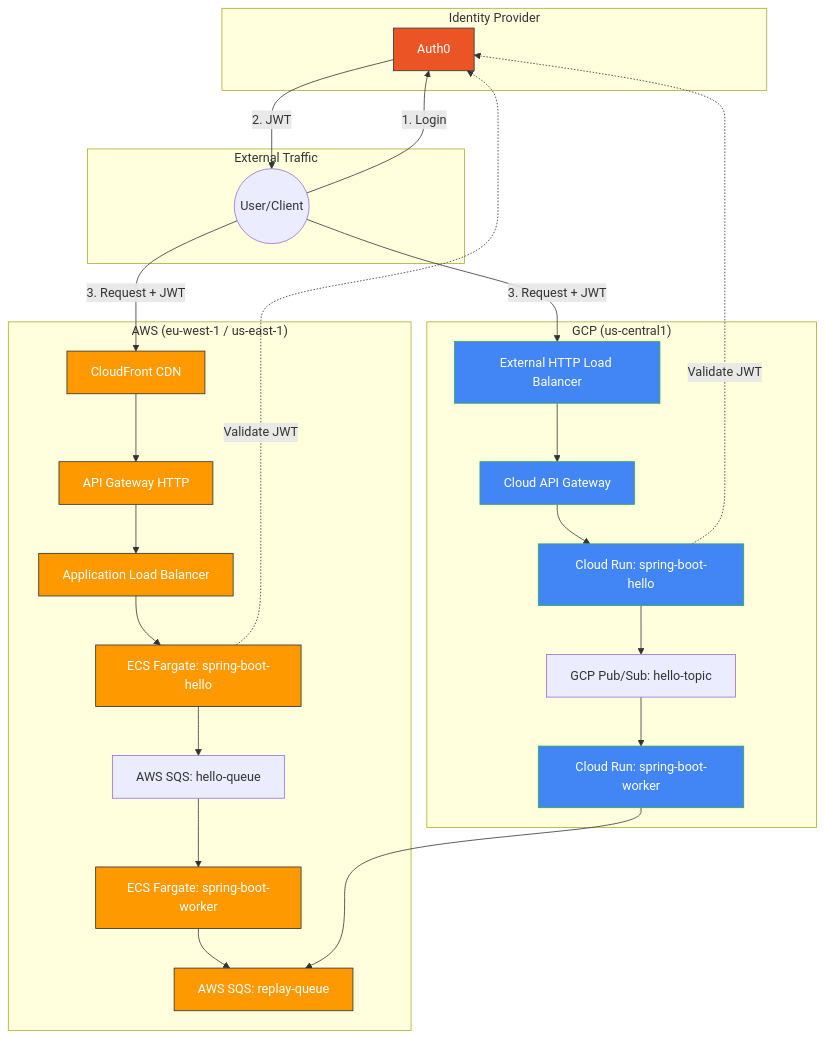
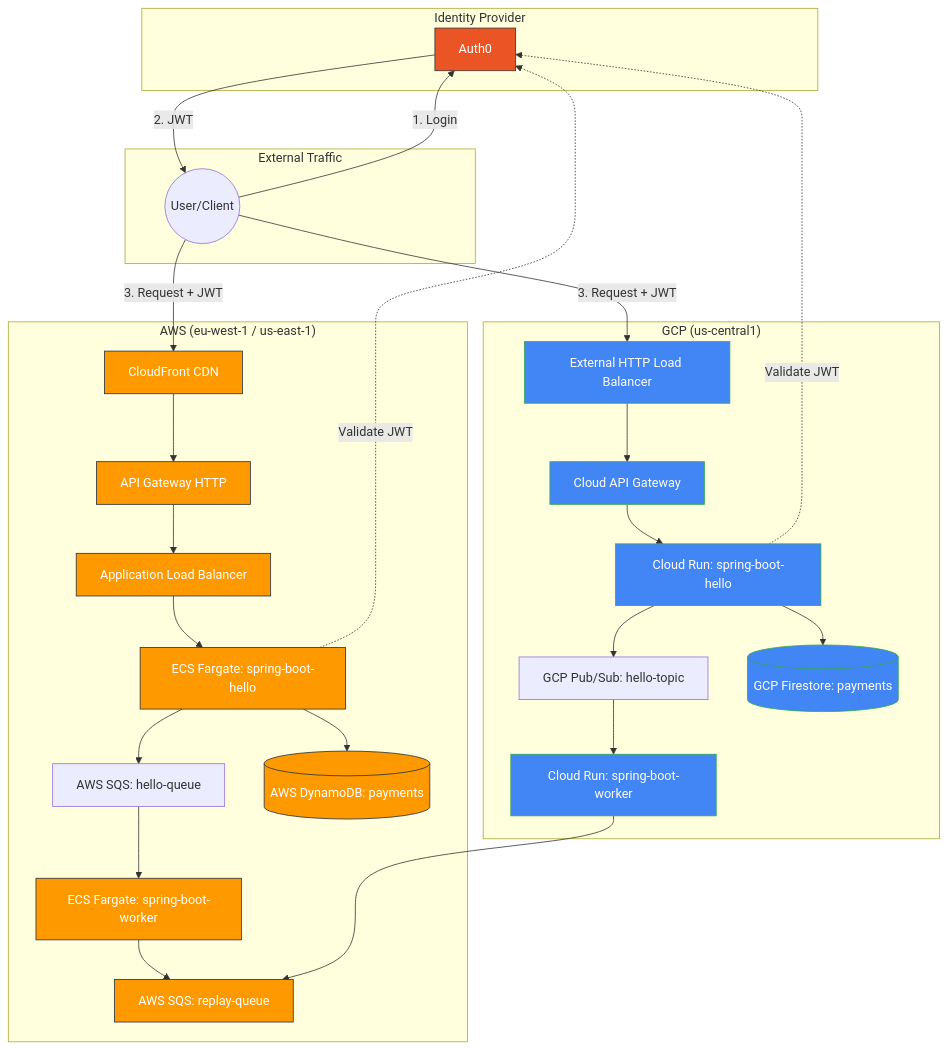
One commit to Dale-Harrison/multi-cloud-test changed the diagram in ARCHITECTURE.md. Above: the diagram before and after it, drawn with Mermaid. The commit also changed other lines of this file, not shown here.

Commit message:
Update architecture diagram to include NoSQL persistence layer

````diff
--- a/ARCHITECTURE.md
+++ b/ARCHITECTURE.md
@@ -9,65 +9,71 @@
 ```mermaid
 graph TD
     subgraph "Identity Provider"
         Auth0[Auth0]
     end
 
     subgraph "External Traffic"
         User((User/Client))
     end
 
     subgraph "AWS (eu-west-1 / us-east-1)"
         CF[CloudFront CDN]
         APIGW_AWS[API Gateway HTTP]
         ALB[Application Load Balancer]
         Hello_AWS[ECS Fargate: spring-boot-hello]
         SQS[AWS SQS: hello-queue]
         Worker_AWS[ECS Fargate: spring-boot-worker]
         REPLAY[AWS SQS: replay-queue]
+        DynamoDB[(AWS DynamoDB: payments)]
     end
 
     subgraph "GCP (us-central1)"
         GCLB[External HTTP Load Balancer]
         APIGW_GCP[Cloud API Gateway]
         Hello_GCP[Cloud Run: spring-boot-hello]
         PubSub[GCP Pub/Sub: hello-topic]
         Worker_GCP[Cloud Run: spring-boot-worker]
+        Firestore[(GCP Firestore: payments)]
     end
 
     %% Auth Flow
     User -- 1. Login --> Auth0
     Auth0 -- 2. JWT --> User
     User -- 3. Request + JWT --> CF
     User -- 3. Request + JWT --> GCLB
 
     %% AWS Flow
     CF --> APIGW_AWS
     APIGW_AWS --> ALB
     ALB --> Hello_AWS
     Hello_AWS -. Validate JWT .-> Auth0
     Hello_AWS --> SQS
+    Hello_AWS --> DynamoDB
     SQS --> Worker_AWS
     Worker_AWS --> REPLAY
 
     %% GCP Flow
     GCLB --> APIGW_GCP
     APIGW_GCP --> Hello_GCP
     Hello_GCP -. Validate JWT .-> Auth0
     Hello_GCP --> PubSub
+    Hello_GCP --> Firestore
     PubSub --> Worker_GCP
     Worker_GCP --> REPLAY
 
     %% Styling
     style Auth0 fill:#EB5424,stroke:#333,color:#fff
     style CF fill:#ff9900,stroke:#232f3e,color:#fff
     style APIGW_AWS fill:#ff9900,stroke:#232f3e,color:#fff
     style ALB fill:#ff9900,stroke:#232f3e,color:#fff
     style Hello_AWS fill:#ff9900,stroke:#232f3e,color:#fff
     style Worker_AWS fill:#ff9900,stroke:#232f3e,color:#fff
     style REPLAY fill:#ff9900,stroke:#232f3e,color:#fff
+    style DynamoDB fill:#ff9900,stroke:#232f3e,color:#fff
     
     style GCLB fill:#4285F4,stroke:#34A853,color:#fff
     style APIGW_GCP fill:#4285F4,stroke:#34A853,color:#fff
     style Hello_GCP fill:#4285F4,stroke:#34A853,color:#fff
     style Worker_GCP fill:#4285F4,stroke:#34A853,color:#fff
+    style Firestore fill:#4285F4,stroke:#34A853,color:#fff
 ```
````
